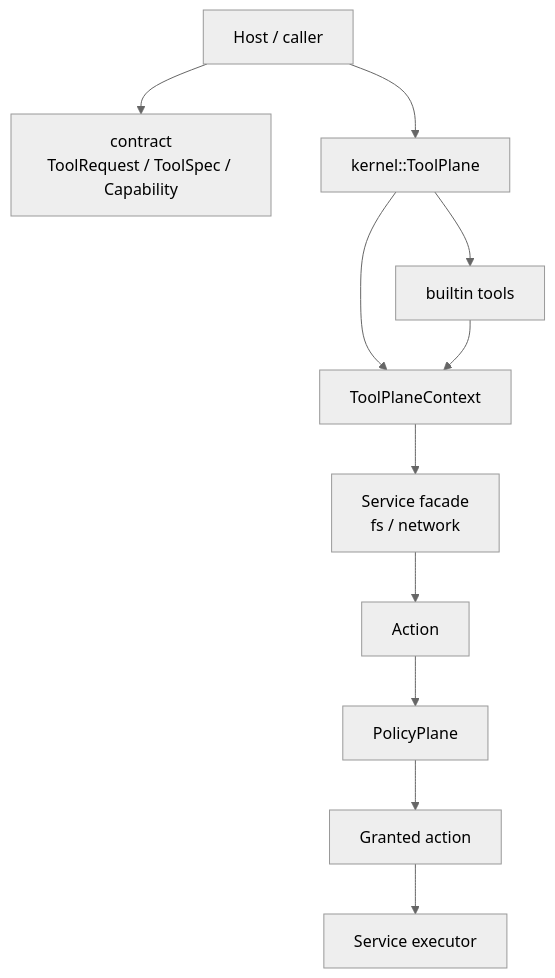
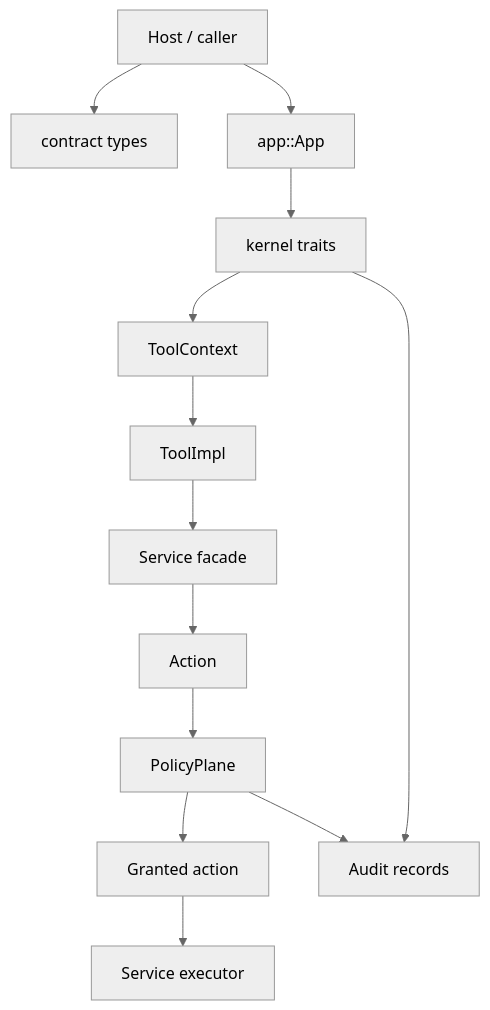
The diagram in README.md (InuDial/agent-mvp), drawn with Mermaid (neutral theme) before and after one commit. The commit also changed other lines of this file, not shown here.

````diff
--- a/README.md
+++ b/README.md
@@ -78,15 +31,15 @@
 ```mermaid
 flowchart TD
-    Host[Host / caller] --> Contract[contract
-ToolRequest / ToolSpec / Capability]
-    Host --> Plane[kernel::ToolPlane]
-    Plane --> Ctx[ToolPlaneContext]
-    Ctx --> Service[Service facade
-fs / network]
+    Host[Host / caller] --> Contract[contract types]
+    Host --> App[app::App]
+    App --> Kernel[kernel traits]
+    Kernel --> Context[ToolContext]
+    Context --> Tool[ToolImpl]
+    Tool --> Service[Service facade]
     Service --> Action[Action]
     Action --> Policy[PolicyPlane]
     Policy --> Grant[Granted action]
     Grant --> Executor[Service executor]
-    Plane --> Builtin[builtin tools]
-    Builtin --> Ctx
+    Policy --> Audit[Audit records]
+    Kernel --> Audit
 ```
````
